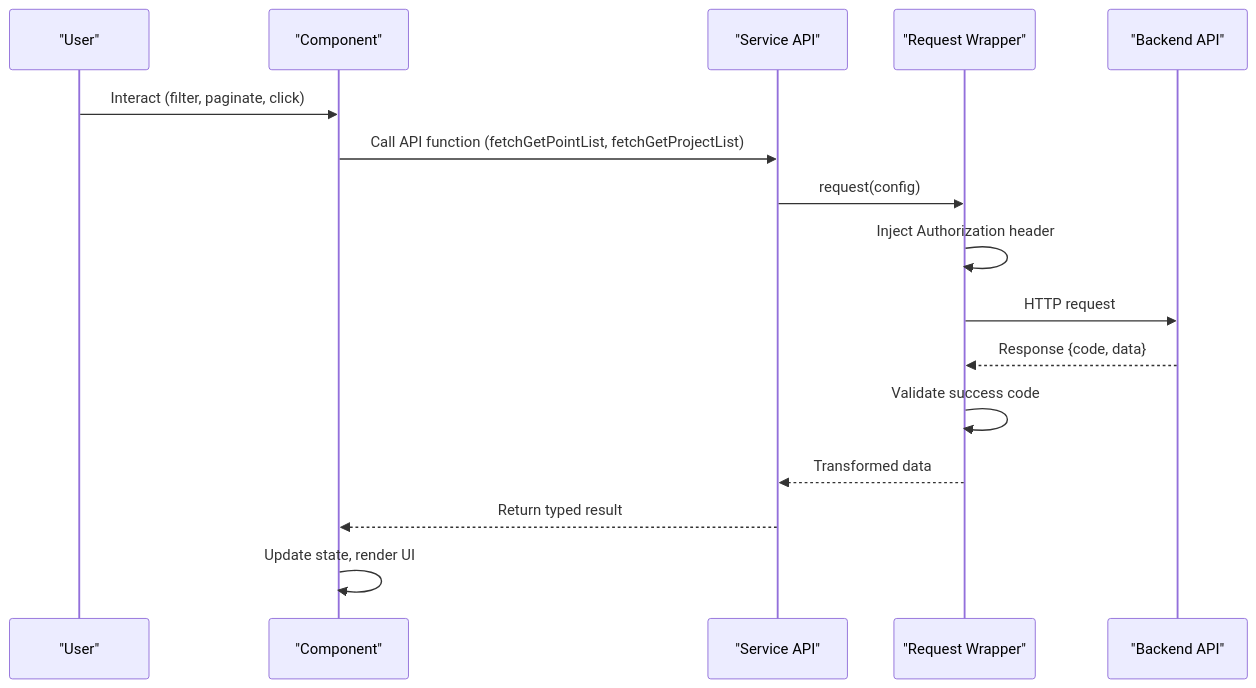
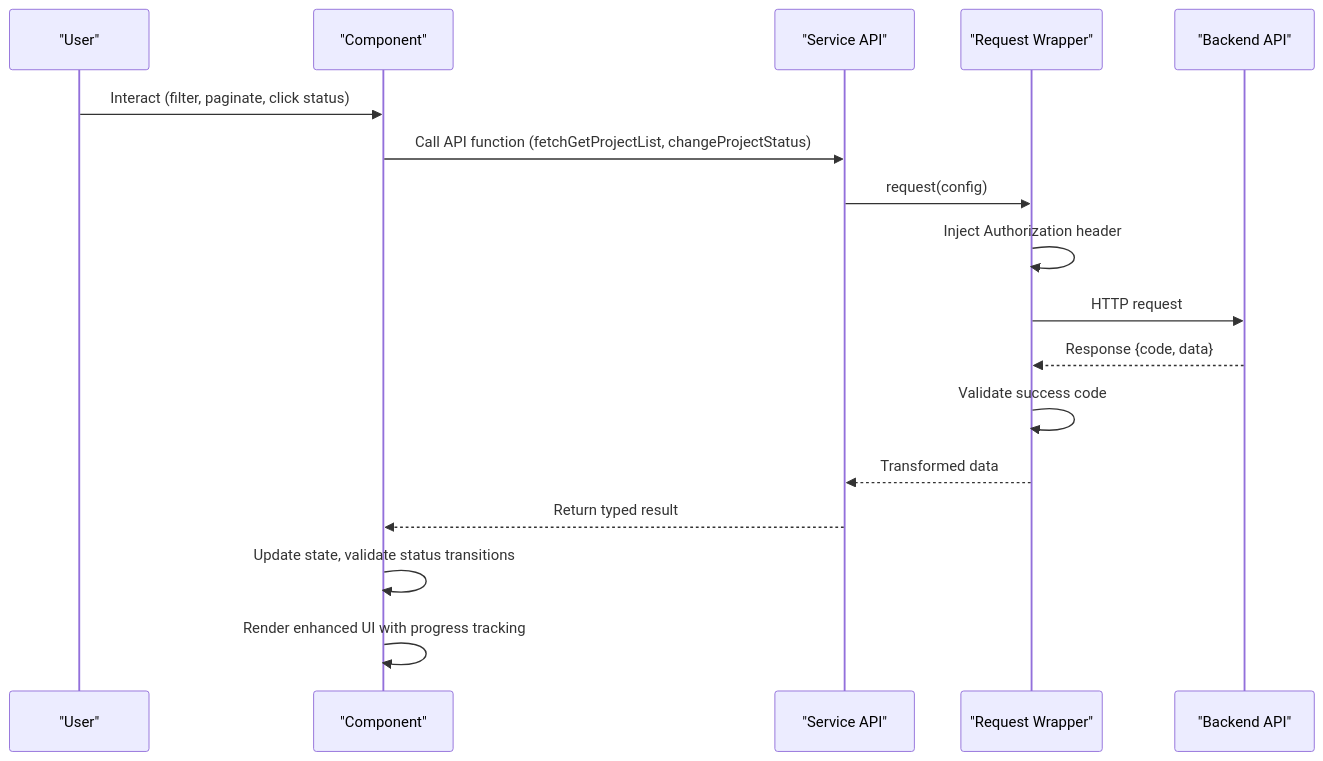
Before and after one commit to bo961386926/Survey-App: the second of 8 diagrams in .qoder/repowiki/en/content/Desktop Admin Interface/Desktop Admin Interface.md, drawn with Mermaid. The commit also changed other lines of this file and 7 other files, not shown here.

````diff
--- a/.qoder/repowiki/en/content/Desktop Admin Interface/Desktop Admin Interface.md
+++ b/.qoder/repowiki/en/content/Desktop Admin Interface/Desktop Admin Interface.md
@@ -133,18 +156,19 @@
 ```mermaid
 sequenceDiagram
 participant U as "User"
 participant C as "Component"
 participant S as "Service API"
 participant R as "Request Wrapper"
 participant B as "Backend API"
-U->>C : Interact (filter, paginate, click)
-C->>S : Call API function (fetchGetPointList, fetchGetProjectList)
+U->>C : Interact (filter, paginate, click status)
+C->>S : Call API function (fetchGetProjectList, changeProjectStatus)
 S->>R : request(config)
 R->>R : Inject Authorization header
 R->>B : HTTP request
 B-->>R : Response {code, data}
 R->>R : Validate success code
 R-->>S : Transformed data
 S-->>C : Return typed result
-C->>C : Update state, render UI
+C->>C : Update state, validate status transitions
+C->>C : Render enhanced UI with progress tracking
 ```
````
